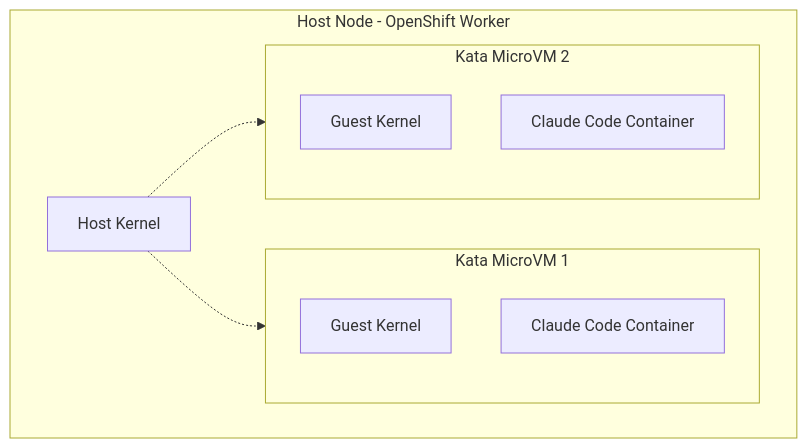
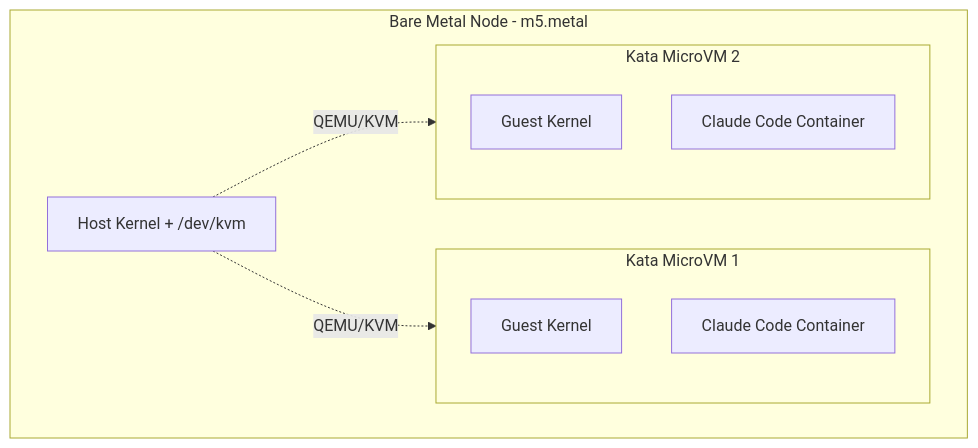
One commit to gsampaio-rh/claude-code-openshift changed the second of 7 diagrams in docs/ARCHITECTURE.md. Above: the diagram before and after it, drawn with Mermaid. The commit also changed other lines of this file and 17 other files, not shown here.

First line of the commit message:
Kata bare metal, ADR-017/018, documentation and script hardening

````diff
--- a/docs/ARCHITECTURE.md
+++ b/docs/ARCHITECTURE.md
@@ -298,16 +315,16 @@
 ```mermaid
 flowchart TB
-    subgraph hostNode [Host Node - OpenShift Worker]
-        HostKernel[Host Kernel]
+    subgraph hostNode [Bare Metal Node - m5.metal]
+        HostKernel[Host Kernel + /dev/kvm]
         subgraph kataVM1 [Kata MicroVM 1]
             GuestKernel1[Guest Kernel]
             Container1[Claude Code Container]
         end
         subgraph kataVM2 [Kata MicroVM 2]
             GuestKernel2[Guest Kernel]
             Container2[Claude Code Container]
         end
-        HostKernel -.-> kataVM1
-        HostKernel -.-> kataVM2
+        HostKernel -.->|QEMU/KVM| kataVM1
+        HostKernel -.->|QEMU/KVM| kataVM2
     end
 ```
````
